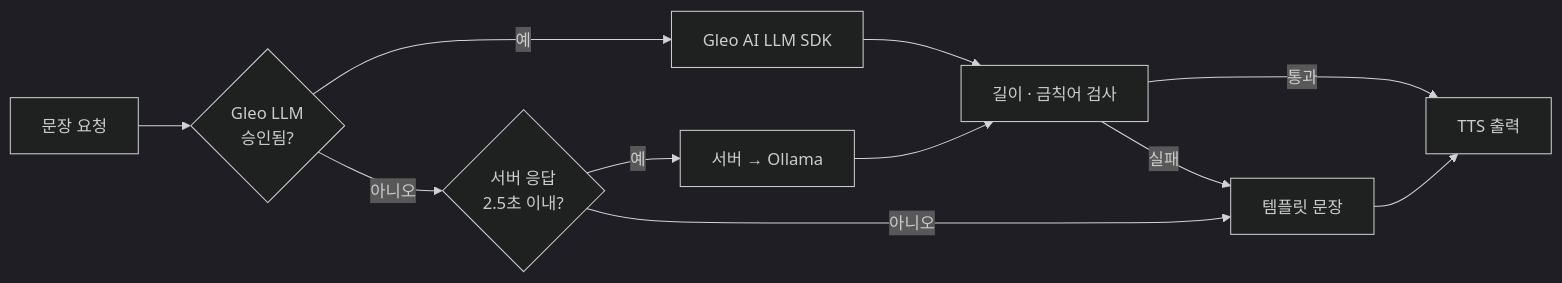
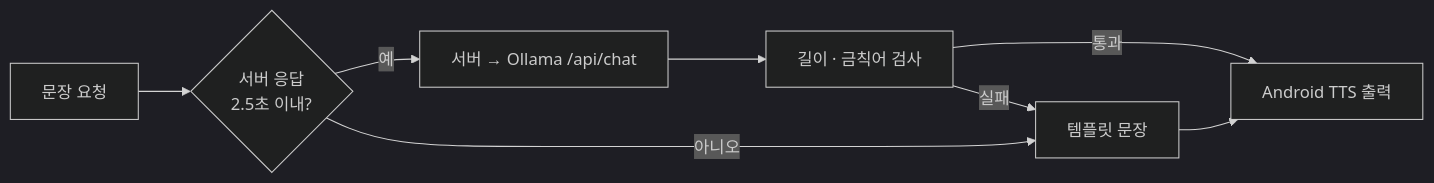
Before and after one commit to xuxtaku7610-del/every-moment-of-pause: the second of 5 diagrams in architecture.md, drawn with Mermaid (dark theme). The commit also changed other lines of this file and 6 other files, not shown here.

````diff
--- a/architecture.md
+++ b/architecture.md
@@ -104,13 +106,10 @@
 ```mermaid
 flowchart LR
-    REQ["문장 요청"] --> G{"Gleo LLM<br/>승인됨?"}
-    G -->|"예"| GLEO["Gleo AI LLM SDK"]
-    G -->|"아니오"| S{"서버 응답<br/>2.5초 이내?"}
-    S -->|"예"| OLL["서버 → Ollama"]
+    REQ["문장 요청"] --> S{"서버 응답<br/>2.5초 이내?"}
+    S -->|"예"| OLL["서버 → Ollama /api/chat"]
     S -->|"아니오"| TPL["템플릿 문장"]
-    GLEO --> CHK["길이 · 금칙어 검사"]
-    OLL --> CHK
-    CHK -->|"통과"| TTS["TTS 출력"]
+    OLL --> CHK["길이 · 금칙어 검사"]
+    CHK -->|"통과"| TTS["Android TTS 출력"]
     CHK -->|"실패"| TPL
     TPL --> TTS
 ```
````
